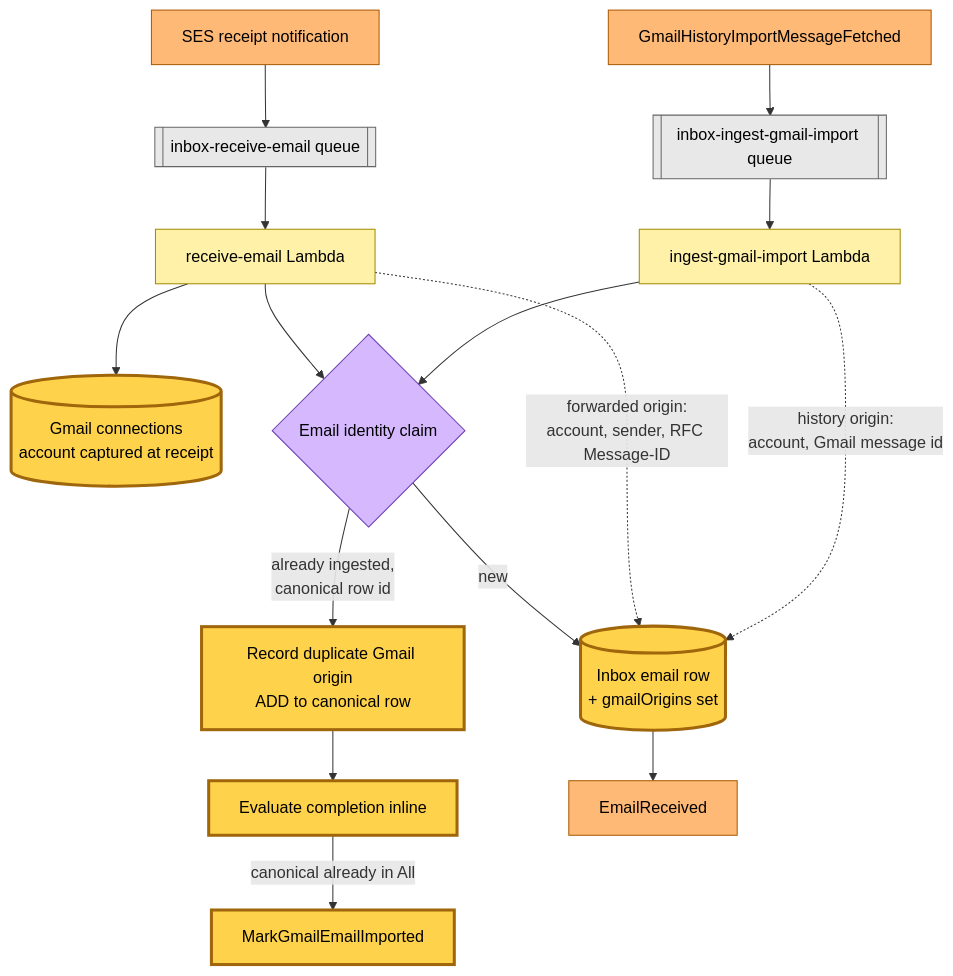
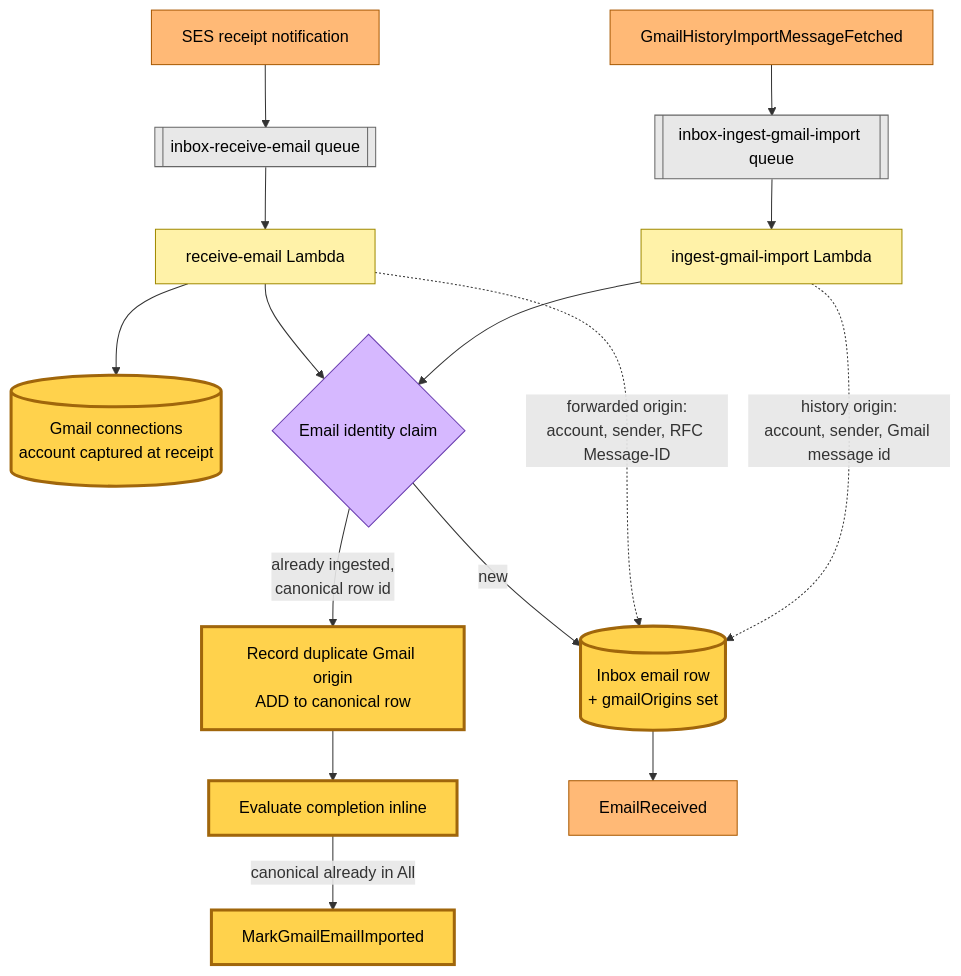
One commit to Readplace/readplace.com changed the second of 9 diagrams in .architecture/2026-10-27-b918eea/gmail-import-labelling.md. Above: the diagram before and after it, drawn with Mermaid. The commit also changed other lines of this file and 326 other files, not shown here.

````diff
--- a/.architecture/2026-10-27-b918eea/gmail-import-labelling.md
+++ b/.architecture/2026-10-27-b918eea/gmail-import-labelling.md
@@ -47,24 +47,26 @@
 ```mermaid
 flowchart TB
   classDef command fill:#a6d8ff,stroke:#1e6fb8,color:#000;
   classDef system fill:#fff2a8,stroke:#a08a00,color:#000;
   classDef event fill:#ffb976,stroke:#a85800,color:#000;
   classDef policy fill:#d6b8ff,stroke:#6b3fb0,color:#000;
   classDef store fill:#b8e8c5,stroke:#2f7a45,color:#000;
   classDef queue fill:#e8e8e8,stroke:#666,color:#000;
   classDef new fill:#ffd24c,stroke:#a0660b,stroke-width:3px,color:#000;
 
-  SES[SES receipt notification]:::event --> RQ[[inbox-receive-email queue]]:::queue --> RX[receive-email Lambda]:::system
-  FETCHED[GmailHistoryImportMessageFetched]:::event --> IQ[[inbox-ingest-gmail-import queue]]:::queue --> IG[ingest-gmail-import Lambda]:::system
+  SES[SES receipt notification]:::event --> RQ[[inbox-receive-email queue]]:::queue
+  RQ --> RX[receive-email Lambda]:::system
+  FETCHED[GmailHistoryImportMessageFetched]:::event --> IQ[[inbox-ingest-gmail-import queue]]:::queue
+  IQ --> IG[ingest-gmail-import Lambda]:::system
 
   RX --> CONN[(Gmail connections<br/>account captured at receipt)]:::new
   RX --> ID{Email identity claim}:::policy
   IG --> ID
   ID -- new --> ROW[(Inbox email row<br/>+ gmailOrigins set)]:::new
   ID -- already ingested,<br/>canonical row id --> DUP[Record duplicate Gmail origin<br/>ADD to canonical row]:::new
   DUP --> EVAL[Evaluate completion inline]:::new
   EVAL -- canonical already in All --> MARK[MarkGmailEmailImported]:::new
   ROW --> RECEIVED[EmailReceived]:::event
   RX -. forwarded origin:<br/>account, sender, RFC Message-ID .-> ROW
-  IG -. history origin:<br/>account, Gmail message id .-> ROW
+  IG -. history origin:<br/>account, sender, Gmail message id .-> ROW
 ```
````
